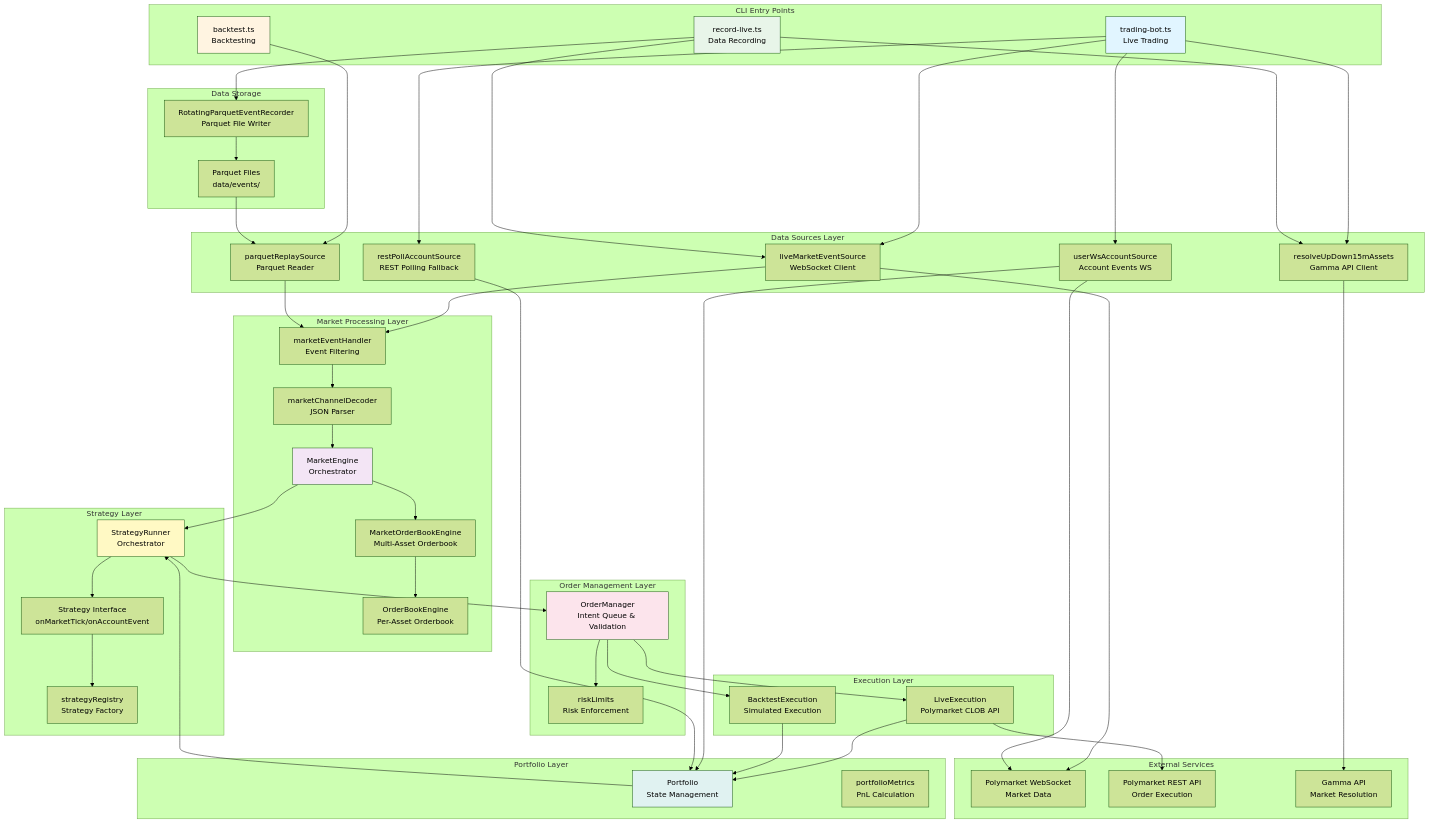
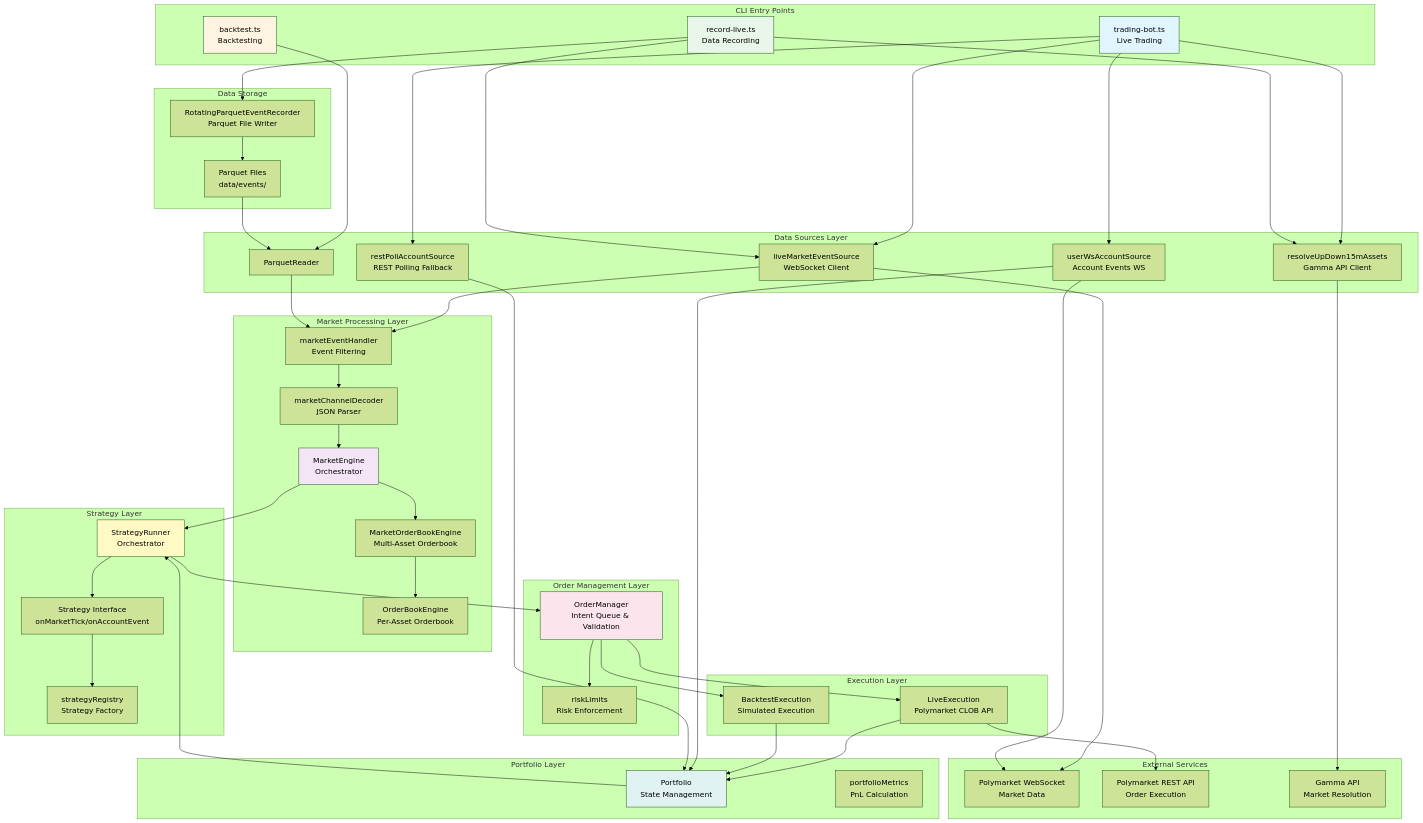
The first of 2 diagrams in docs/ARCHITECTURE.md (ivanmijatovic89/polymarket-bot), drawn with Mermaid (forest theme) before and after one commit. The commit also changed 2 other files, not shown here.

Commit message:
Enhance MarketEventHandler to incorporate new event processing logic, improving performance and reliability in event handling.

```diff
--- a/docs/ARCHITECTURE.md
+++ b/docs/ARCHITECTURE.md
@@ -12,7 +12,7 @@
 
     subgraph "Data Sources Layer"
         LiveWS[ liveMarketEventSource<br/>WebSocket Client ]
-        ParquetReplay[ parquetReplaySource<br/>Parquet Reader ]
+        ParquetReplay[ ParquetReader ]
         UserWS[ userWsAccountSource<br/>Account Events WS ]
         RestPoll[ restPollAccountSource<br/>REST Polling Fallback ]
         GammaAPI[ resolveUpDown15mAssets<br/>Gamma API Client ]
```
